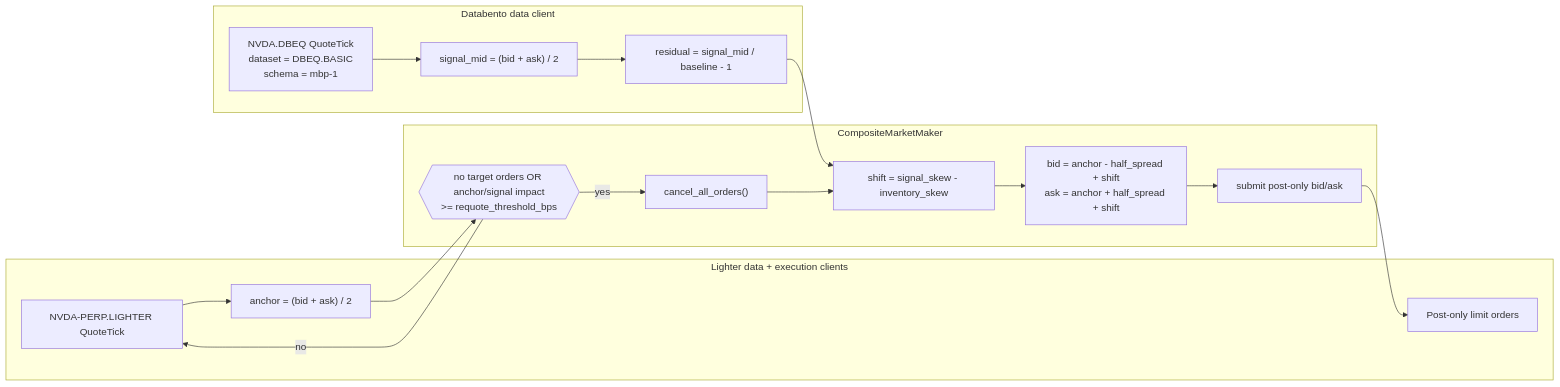
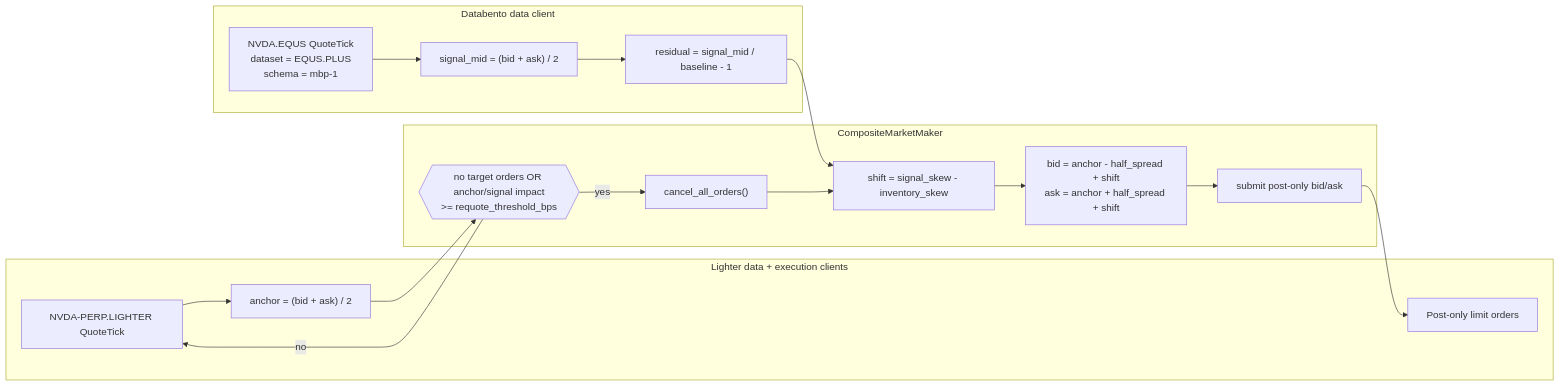
One commit to nautechsystems/nautilus_trader changed the diagram in docs/tutorials/lighter_rwa_composite_mm.md. Above: the diagram before and after it, drawn with Mermaid. The commit also changed other lines of this file and 5 other files, not shown here.

````diff
--- a/docs/tutorials/lighter_rwa_composite_mm.md
+++ b/docs/tutorials/lighter_rwa_composite_mm.md
@@ -37,27 +37,27 @@
 ```mermaid
 flowchart LR
     subgraph Databento ["Databento data client"]
-        DQ["NVDA.DBEQ QuoteTick<br/>dataset = DBEQ.BASIC<br/>schema = mbp-1"]
+        DQ["NVDA.EQUS QuoteTick<br/>dataset = EQUS.PLUS<br/>schema = mbp-1"]
         DS["signal_mid = (bid + ask) / 2"]
         DR["residual = signal_mid / baseline - 1"]
     end
 
     subgraph Lighter ["Lighter data + execution clients"]
         LQ["NVDA-PERP.LIGHTER QuoteTick"]
         LM["anchor = (bid + ask) / 2"]
         EX["Post-only limit orders"]
     end
 
     subgraph Strategy ["CompositeMarketMaker"]
         TH{{"no target orders OR anchor/signal impact<br/>>= requote_threshold_bps"}}
         CA["cancel_all_orders()"]
         SK["shift = signal_skew - inventory_skew"]
         QU["bid = anchor - half_spread + shift<br/>ask = anchor + half_spread + shift"]
         PO["submit post-only bid/ask"]
     end
 
     DQ --> DS --> DR --> SK
     LQ --> LM --> TH
     TH -->|yes| CA --> SK --> QU --> PO --> EX
     TH -->|no| LQ
 ```
````
